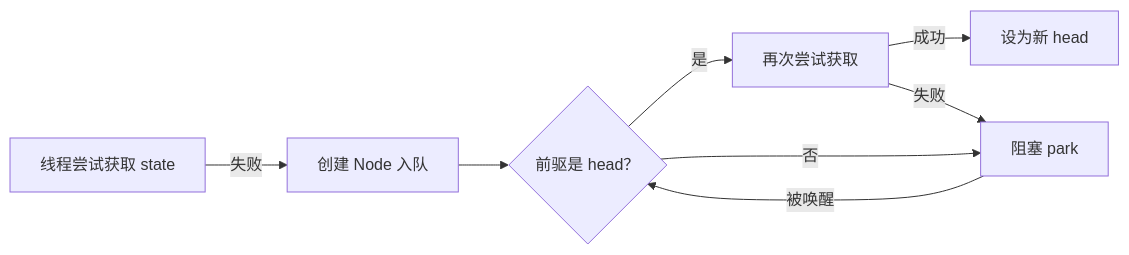
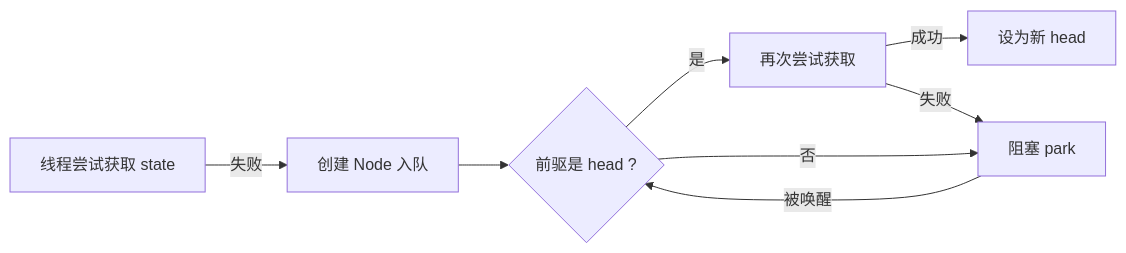
The diagram in docs/writings/concurrency/AQS.md (gelald/javrin), drawn with Mermaid before and after one commit. The commit also changed other lines of this file, not shown here.

````diff
--- a/docs/writings/concurrency/AQS.md
+++ b/docs/writings/concurrency/AQS.md
@@ -46,10 +48,10 @@
 ```mermaid
 graph LR
   A[线程尝试获取 state] -->|失败| B[创建 Node 入队]
-  B --> C{前驱是 head？}
+  B --> C{前驱是 head ?}
   C -->|是| D[再次尝试获取]
   C -->|否| E[阻塞 park]
   D -->|成功| F[设为新 head]
   D -->|失败| E
   E -->|被唤醒| C
 ```
````
